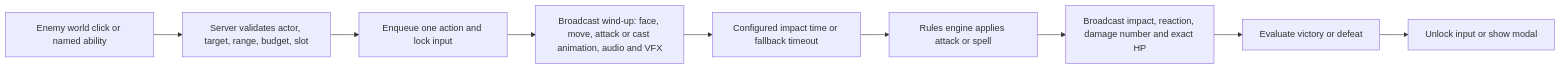
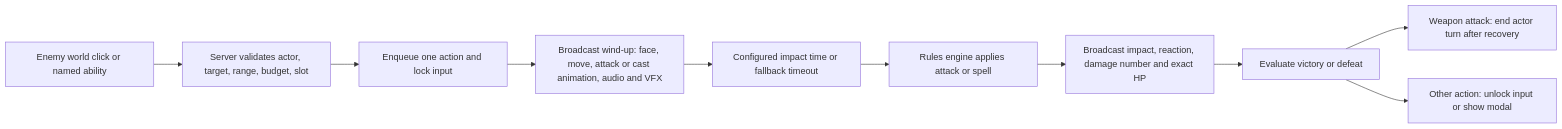
The third of 3 diagrams in docs/combat-system.md (mvisanu/poolofradiance), drawn with Mermaid before and after one commit. The commit also changed other lines of this file and 5 other files, not shown here.

Commit message:
Auto-end combat turns after weapon attacks

````diff
--- a/docs/combat-system.md
+++ b/docs/combat-system.md
@@ -89,11 +89,12 @@
 ```mermaid
 flowchart LR
     A[Enemy world click or named ability] --> B[Server validates actor, target, range, budget, slot]
     B --> C[Enqueue one action and lock input]
     C --> D[Broadcast wind-up: face, move, attack or cast animation, audio and VFX]
     D --> E[Configured impact time or fallback timeout]
     E --> F[Rules engine applies attack or spell]
     F --> G[Broadcast impact, reaction, damage number and exact HP]
     G --> H[Evaluate victory or defeat]
-    H --> I[Unlock input or show modal]
+    H --> I[Weapon attack: end actor turn after recovery]
+    H --> J[Other action: unlock input or show modal]
 ```
````
